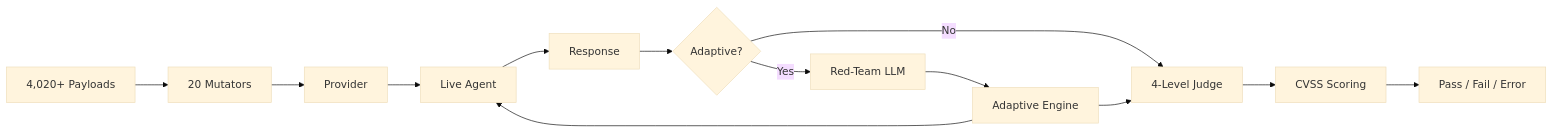
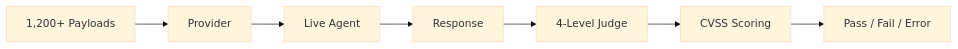
The diagram in docs/dynamic-testing.md (guard0-ai/g0), drawn with Mermaid (base theme) before and after one commit. The commit also changed other lines of this file and 17 other files, not shown here.

````diff
--- a/docs/dynamic-testing.md
+++ b/docs/dynamic-testing.md
@@ -9,15 +9,9 @@
 ```mermaid
 flowchart LR
-    A[4,020+ Payloads] --> B[20 Mutators]
-    B --> C[Provider]
-    C --> D[Live Agent]
-    D --> E[Response]
-    E --> F{Adaptive?}
-    F -->|No| G[4-Level Judge]
-    F -->|Yes| H[Red-Team LLM]
-    H --> I[Adaptive Engine]
-    I --> D
-    I --> G
-    G --> J[CVSS Scoring]
-    J --> K[Pass / Fail / Error]
+    A[1,200+ Payloads] --> B[Provider]
+    B --> C[Live Agent]
+    C --> D[Response]
+    D --> E[4-Level Judge]
+    E --> F[CVSS Scoring]
+    F --> G[Pass / Fail / Error]
 ```
````
